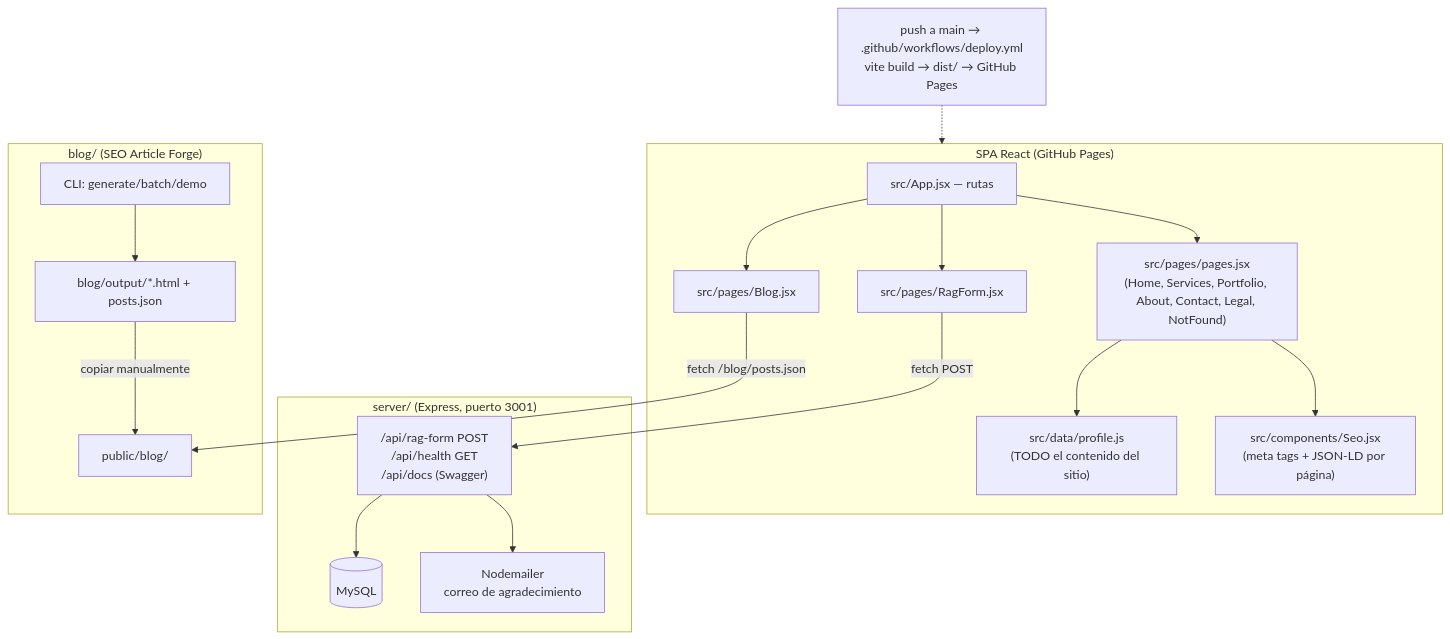
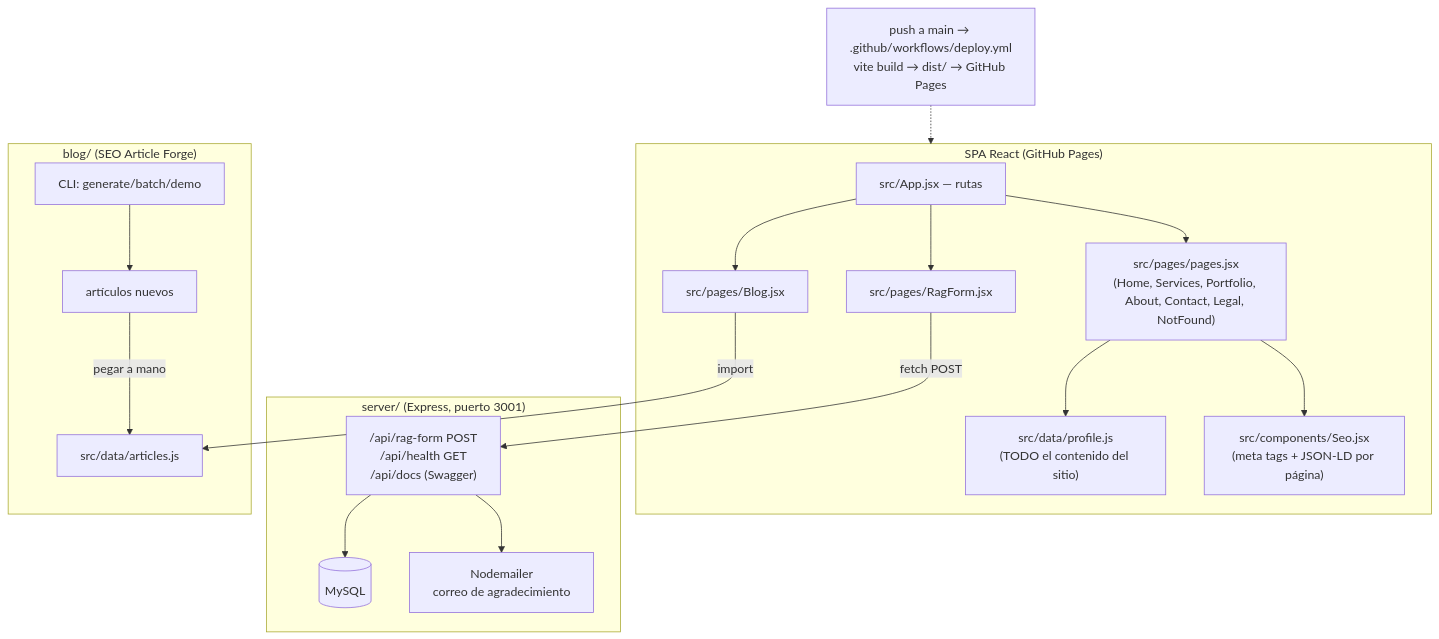
One commit to jesuscriss301/easyprodigital changed the diagram in CLAUDE.md. Above: the diagram before and after it, drawn with Mermaid. The commit also changed other lines of this file and 14 other files, not shown here.

First line of the commit message:
Remove obsolete blog output, legacy public/blog and stray root files

````diff
--- a/CLAUDE.md
+++ b/CLAUDE.md
@@ -16,25 +16,25 @@
 ```mermaid
 graph TD
     subgraph Frontend["SPA React (GitHub Pages)"]
         App[src/App.jsx — rutas] --> Pages["src/pages/pages.jsx<br/>(Home, Services, Portfolio, About, Contact, Legal, NotFound)"]
         App --> RagForm[src/pages/RagForm.jsx]
         App --> BlogPage[src/pages/Blog.jsx]
         Pages --> Profile["src/data/profile.js<br/>(TODO el contenido del sitio)"]
         Pages --> Seo["src/components/Seo.jsx<br/>(meta tags + JSON-LD por página)"]
     end
 
     subgraph Backend["server/ (Express, puerto 3001)"]
         API["/api/rag-form POST<br/>/api/health GET<br/>/api/docs (Swagger)"] --> MySQL[(MySQL)]
         API --> SMTP[Nodemailer<br/>correo de agradecimiento]
     end
 
     subgraph Blog["blog/ (SEO Article Forge)"]
-        Forge[CLI: generate/batch/demo] --> Output[blog/output/*.html + posts.json]
-        Output -->|copiar manualmente| PublicBlog[public/blog/]
+        Forge[CLI: generate/batch/demo] --> Output[artículos nuevos]
+        Output -->|pegar a mano| Articles[src/data/articles.js]
     end
 
     RagForm -->|fetch POST| API
-    BlogPage -->|"fetch /blog/posts.json"| PublicBlog
+    BlogPage -->|import| Articles
 
     Deploy["push a main → .github/workflows/deploy.yml<br/>vite build → dist/ → GitHub Pages"] -.-> Frontend
 ```
````
